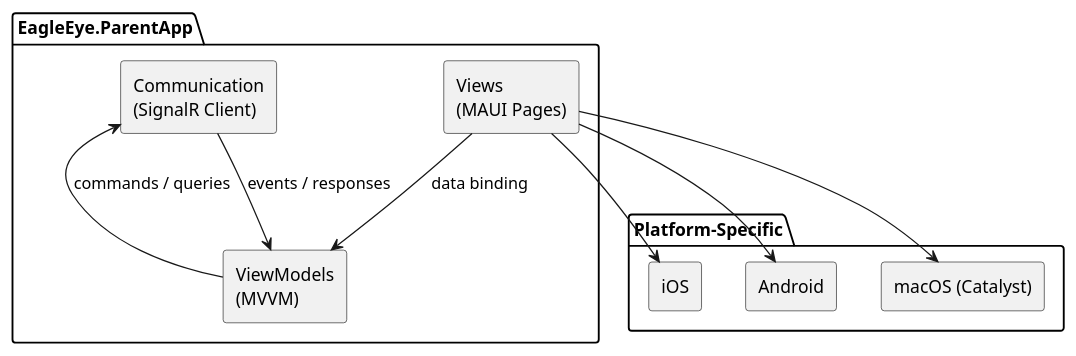
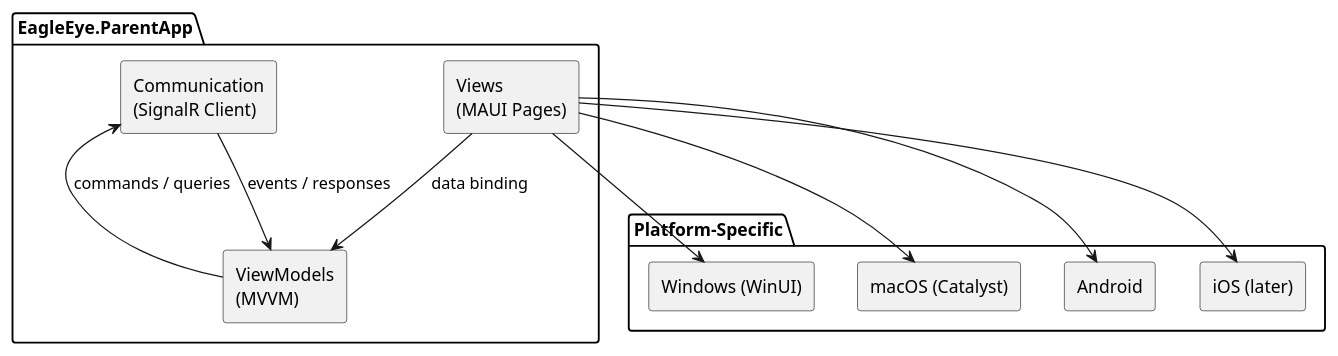
Before and after one commit to adlemich/EagleEye: the seventh of 14 diagrams in 02_Implementation/docs/architecture/arc42/system-architecture.md, drawn with PlantUML. The commit also changed other lines of this file and 46 other files, not shown here.

Commit message:
Modifed project structure to support dual machine development and manual testing. Added new documentation for dev environments, testing, and updated existing architecture and requirements documentation. Updated scripts for environment checks and build processes.

````diff
--- a/02_Implementation/docs/architecture/arc42/system-architecture.md
+++ b/02_Implementation/docs/architecture/arc42/system-architecture.md
@@ -364,24 +368,26 @@
 ```plantuml
 @startuml EagleEye ParentApp Level 2
 skinparam componentStyle rectangle
 
 package "EagleEye.ParentApp" {
   component [Communication\n(SignalR Client)] as PA_COMM
   component [ViewModels\n(MVVM)] as PA_VM
   component [Views\n(MAUI Pages)] as PA_VIEWS
 }
 
 package "Platform-Specific" {
-  component [iOS] as IOS
+  component [Windows (WinUI)] as WIN
+  component [macOS (Catalyst)] as MAC
   component [Android] as AND
-  component [macOS (Catalyst)] as MAC
+  component [iOS (later)] as IOS
 }
 
 PA_VIEWS --> PA_VM : data binding
 PA_VM --> PA_COMM : commands / queries
 PA_COMM --> PA_VM : events / responses
+PA_VIEWS --> WIN
+PA_VIEWS --> MAC
+PA_VIEWS --> AND
 PA_VIEWS --> IOS
-PA_VIEWS --> AND
-PA_VIEWS --> MAC
 @enduml
 ```
````
